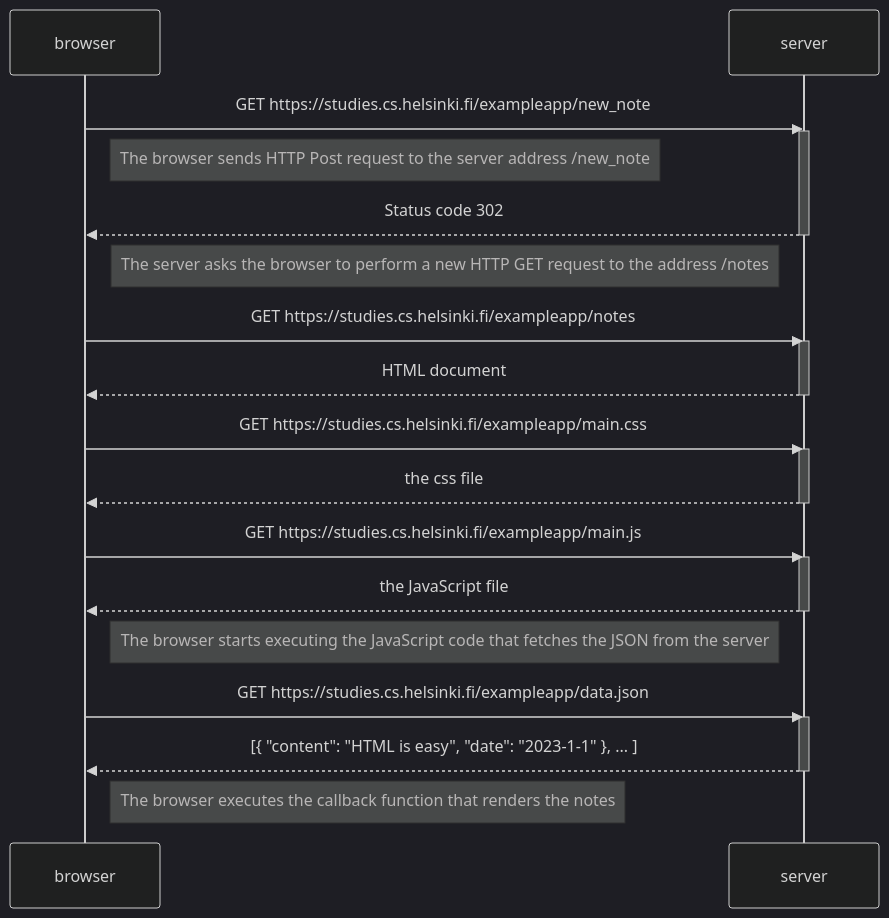
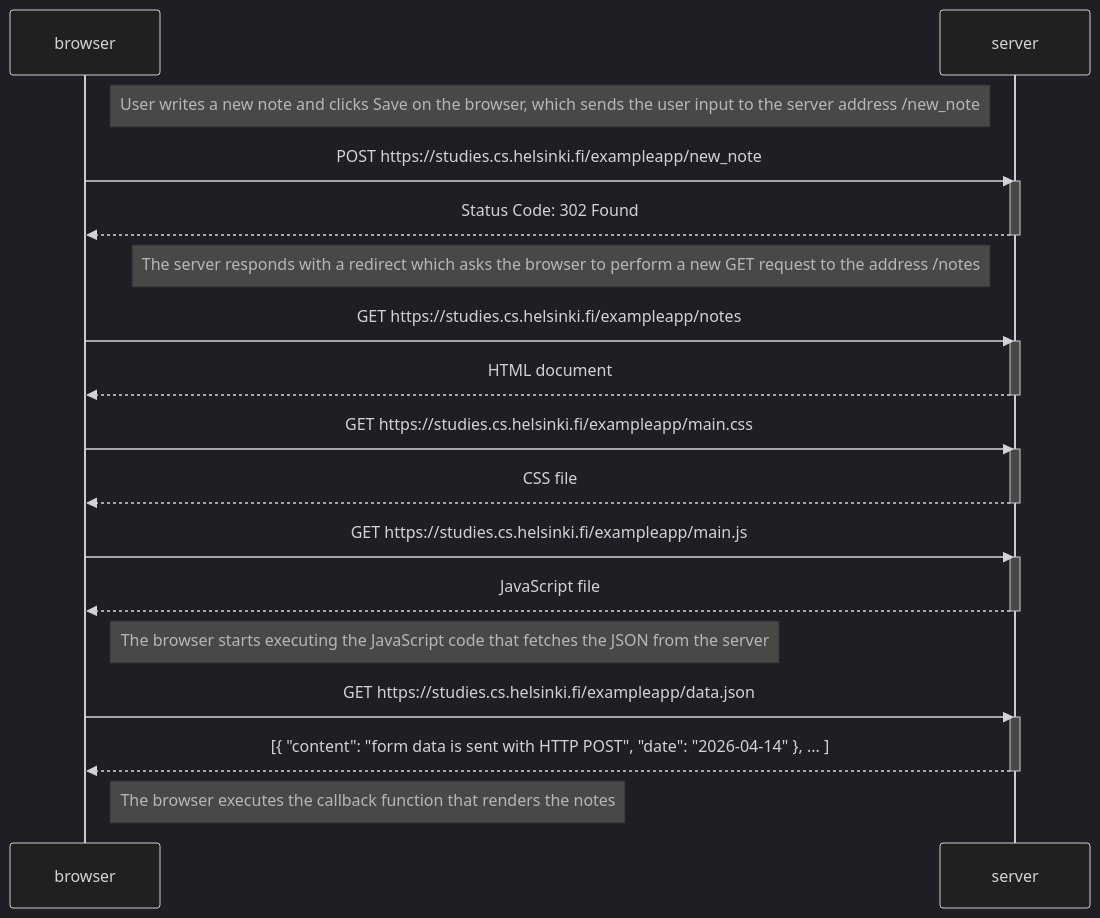
Before and after one commit to rahatbd/fullstackopen: the diagram in part0/exercise0.4.md, drawn with Mermaid (dark theme). The commit also changed 3 other files, not shown here.

````diff
--- a/part0/exercise0.4.md
+++ b/part0/exercise0.4.md
@@ -1,34 +1,38 @@
 ```mermaid
 sequenceDiagram
     participant browser
     participant server
 
-    browser->>server: GET https://studies.cs.helsinki.fi/exampleapp/new_note
+    Note right of browser: User writes a new note and clicks Save on the browser, which sends the user input to the server address /new_note
+
+    browser->>server: POST https://studies.cs.helsinki.fi/exampleapp/new_note
     activate server
-    Note right of browser: The browser sends HTTP Post request to the server address /new_note
-    server-->>browser: Status code 302
+    server-->>browser: Status Code: 302 Found
     deactivate server
-    Note left of server: The server asks the browser to perform a new HTTP GET request to the address /notes
+
+    Note left of server: The server responds with a redirect which asks the browser to perform a new GET request to the address /notes
 
     browser->>server: GET https://studies.cs.helsinki.fi/exampleapp/notes
     activate server
     server-->>browser: HTML document
     deactivate server
 
     browser->>server: GET https://studies.cs.helsinki.fi/exampleapp/main.css
     activate server
-    server-->>browser: the css file
+    server-->>browser: CSS file
     deactivate server
 
     browser->>server: GET https://studies.cs.helsinki.fi/exampleapp/main.js
     activate server
-    server-->>browser: the JavaScript file
+    server-->>browser: JavaScript file
     deactivate server
+
     Note right of browser: The browser starts executing the JavaScript code that fetches the JSON from the server
 
     browser->>server: GET https://studies.cs.helsinki.fi/exampleapp/data.json
     activate server
-    server-->>browser: [{ "content": "HTML is easy", "date": "2023-1-1" }, ... ]
+    server-->>browser: [{ "content": "form data is sent with HTTP POST", "date": "2026-04-14" }, ... ]
     deactivate server
+
     Note right of browser: The browser executes the callback function that renders the notes
 ```
````
